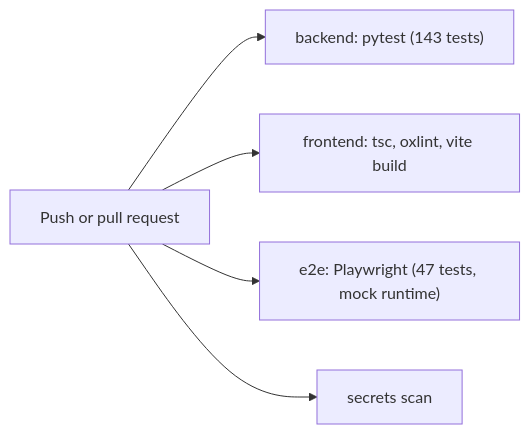
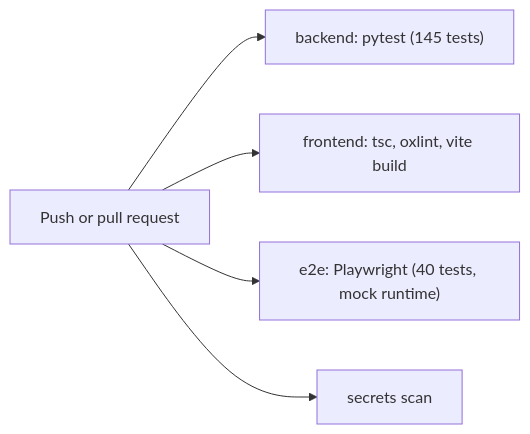
Before and after one commit to yossefbehairy/Loqman: the fourth of 4 diagrams in README.md, drawn with Mermaid. The commit also changed other lines of this file and 38 other files, not shown here.

````diff
--- a/README.md
+++ b/README.md
@@ -189,7 +188,7 @@
 ```mermaid
 flowchart LR
-    Push["Push or pull request"] --> Backend["backend: pytest (143 tests)"]
+    Push["Push or pull request"] --> Backend["backend: pytest (145 tests)"]
     Push --> Frontend["frontend: tsc, oxlint, vite build"]
-    Push --> E2E["e2e: Playwright (47 tests, mock runtime)"]
+    Push --> E2E["e2e: Playwright (40 tests, mock runtime)"]
     Push --> Scan["secrets scan"]
 ```
````
